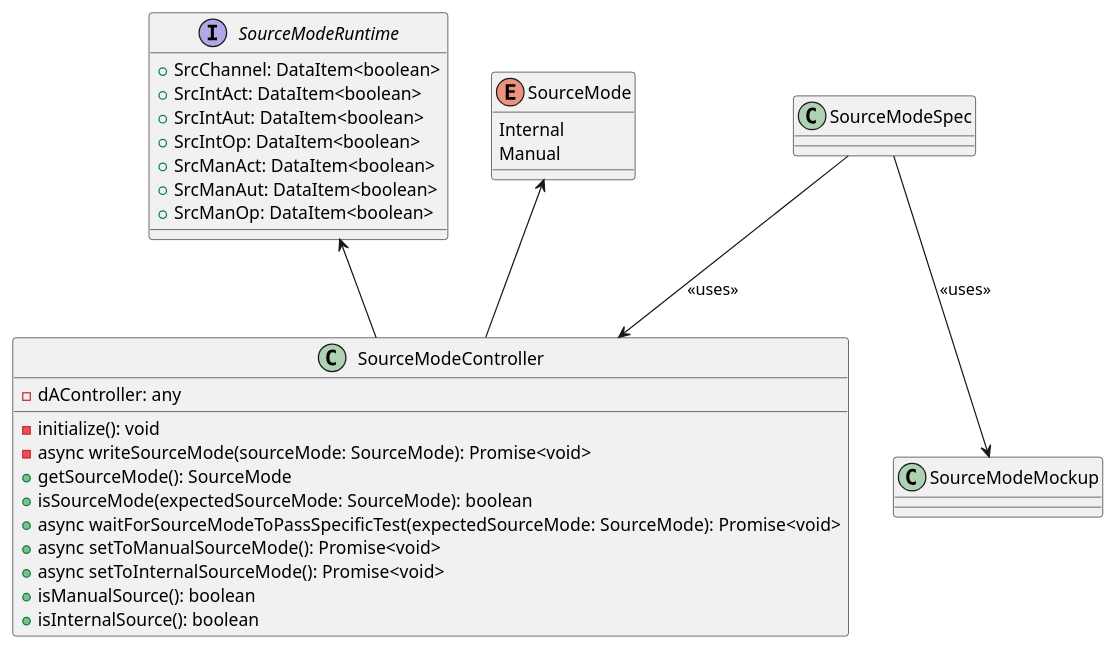
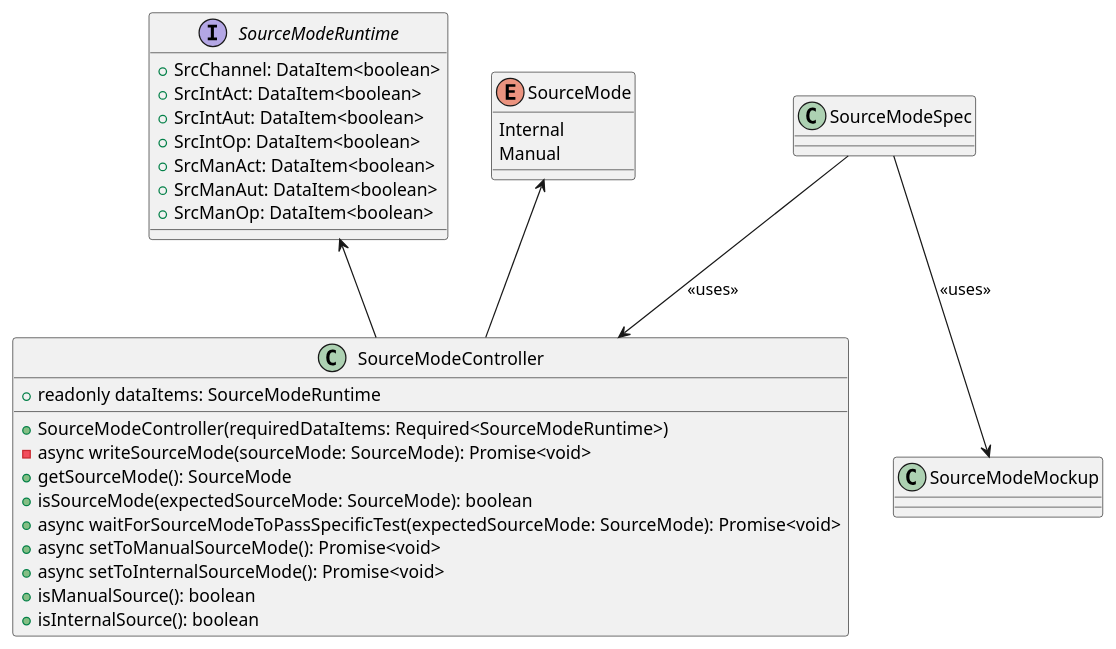
One commit to p2o-lab/polaris-backend changed the diagram in src/modularPlantManager/pea/dataAssembly/baseFunction/sourceMode/SourceModeController.puml. Above: the diagram before and after it, drawn with PlantUML. The commit also changed 12 other files, not shown here.

```diff
--- a/src/modularPlantManager/pea/dataAssembly/baseFunction/sourceMode/SourceModeController.puml
+++ b/src/modularPlantManager/pea/dataAssembly/baseFunction/sourceMode/SourceModeController.puml
@@ -26,37 +26,37 @@
 @startuml
 'https://plantuml.com/class-diagram
 
 interface SourceModeRuntime{
 	+ SrcChannel: DataItem<boolean>
 	+ SrcIntAct: DataItem<boolean>
 	+ SrcIntAut: DataItem<boolean>
 	+ SrcIntOp: DataItem<boolean>
 	+ SrcManAct: DataItem<boolean>
 	+ SrcManAut: DataItem<boolean>
 	+ SrcManOp: DataItem<boolean>
 }
 
 enum SourceMode {
     Internal
     Manual
 }
 
 class SourceModeController{
-    - dAController: any
-    - initialize(): void
+    + readonly dataItems: SourceModeRuntime
+    + SourceModeController(requiredDataItems: Required<SourceModeRuntime>)
     - async writeSourceMode(sourceMode: SourceMode): Promise<void>
     + getSourceMode(): SourceMode
     + isSourceMode(expectedSourceMode: SourceMode): boolean
     + async waitForSourceModeToPassSpecificTest(expectedSourceMode: SourceMode): Promise<void>
     + async setToManualSourceMode(): Promise<void>
     + async setToInternalSourceMode(): Promise<void>
     + isManualSource(): boolean
     + isInternalSource(): boolean
 
 }
 
 SourceMode <-- SourceModeController
 SourceModeRuntime <-- SourceModeController
 SourceModeSpec --> SourceModeController : <<uses>>
 SourceModeSpec --> SourceModeMockup : <<uses>>
 @enduml
```
